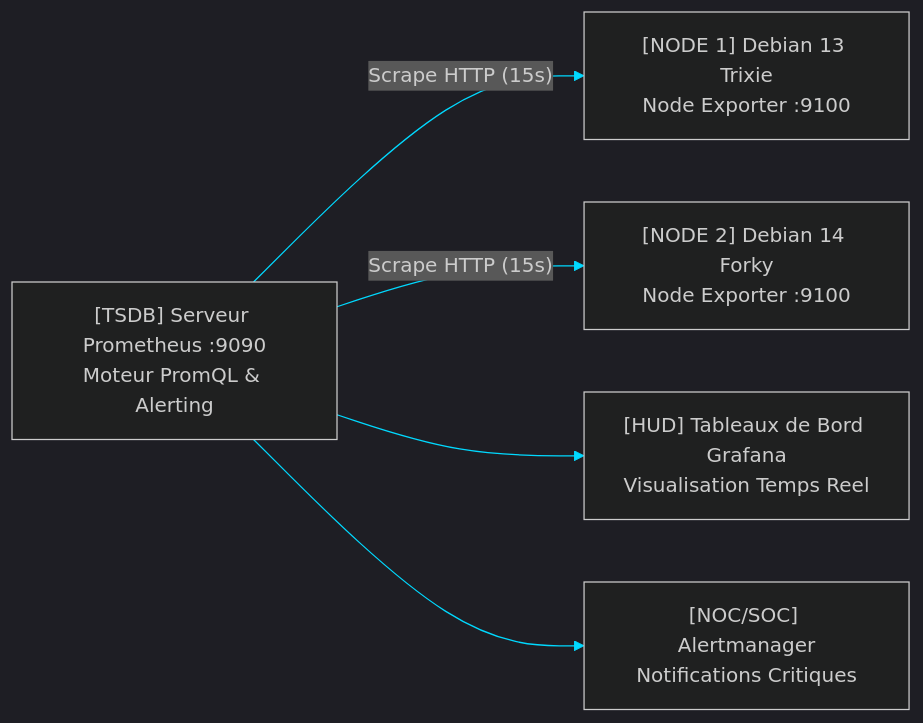
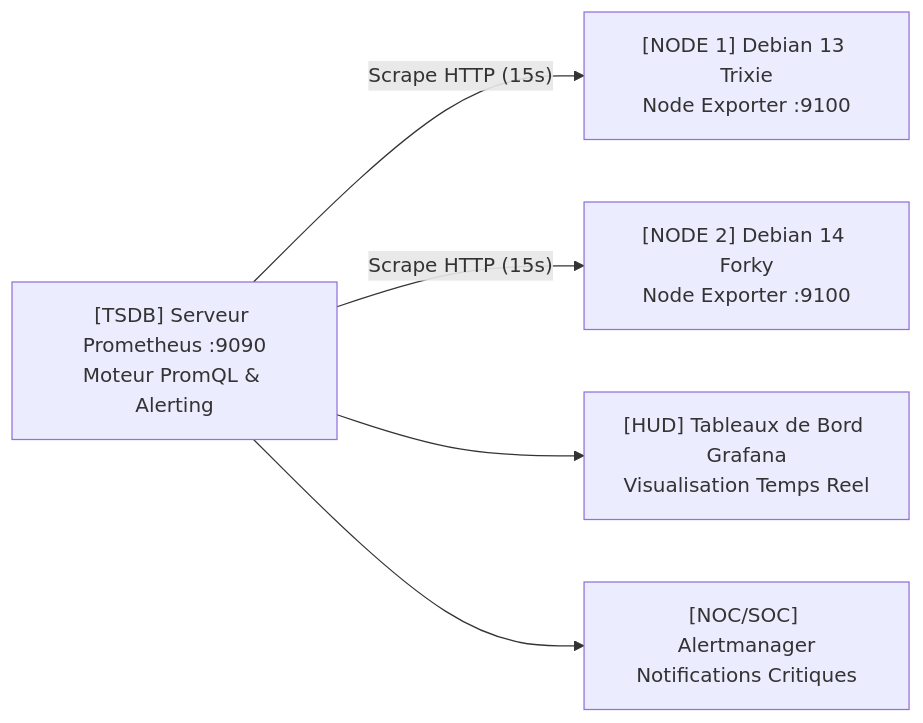
The diagram in SUPERVISION-PROMETHEUS-NODE-EXPORTER-DEBIAN.md (0xCyberLiTech/Supervision), drawn with Mermaid before and after one commit.

Commit message:
feat(wireframe-hud): Règle 23 — 100% icônes fil de fer, tutos Debian 13/14 & gardiens Niveau 4+

````diff
--- a/SUPERVISION-PROMETHEUS-NODE-EXPORTER-DEBIAN.md
+++ b/SUPERVISION-PROMETHEUS-NODE-EXPORTER-DEBIAN.md
@@ -74,8 +74,7 @@
 ```mermaid
-%%{init: {'theme': 'dark', 'themeVariables': { 'primaryColor': '#091326', 'primaryTextColor': '#f8fafc', 'primaryBorderColor': '#00d9ff', 'lineColor': '#00d9ff'}}}%%
 flowchart LR
     PROM["[TSDB] Serveur Prometheus :9090<br/>Moteur PromQL & Alerting"] -->|"Scrape HTTP (15s)"| NODE1["[NODE 1] Debian 13 Trixie<br/>Node Exporter :9100"]
     PROM -->|"Scrape HTTP (15s)"| NODE2["[NODE 2] Debian 14 Forky<br/>Node Exporter :9100"]
     PROM --> GRAFANA["[HUD] Tableaux de Bord Grafana<br/>Visualisation Temps Reel"]
     PROM --> ALERT["[NOC/SOC] Alertmanager<br/>Notifications Critiques"]
 ```
````
